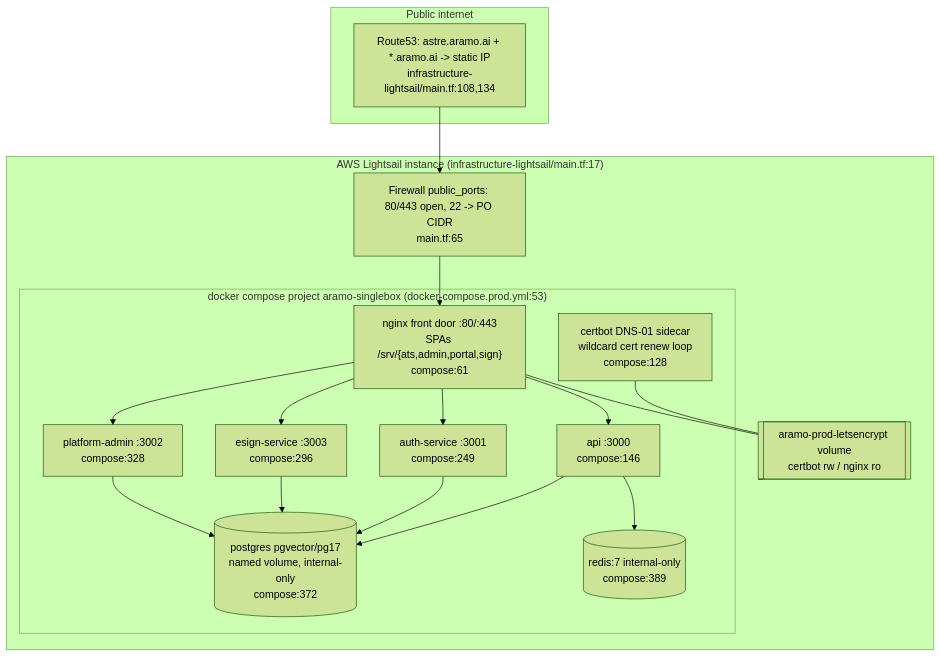
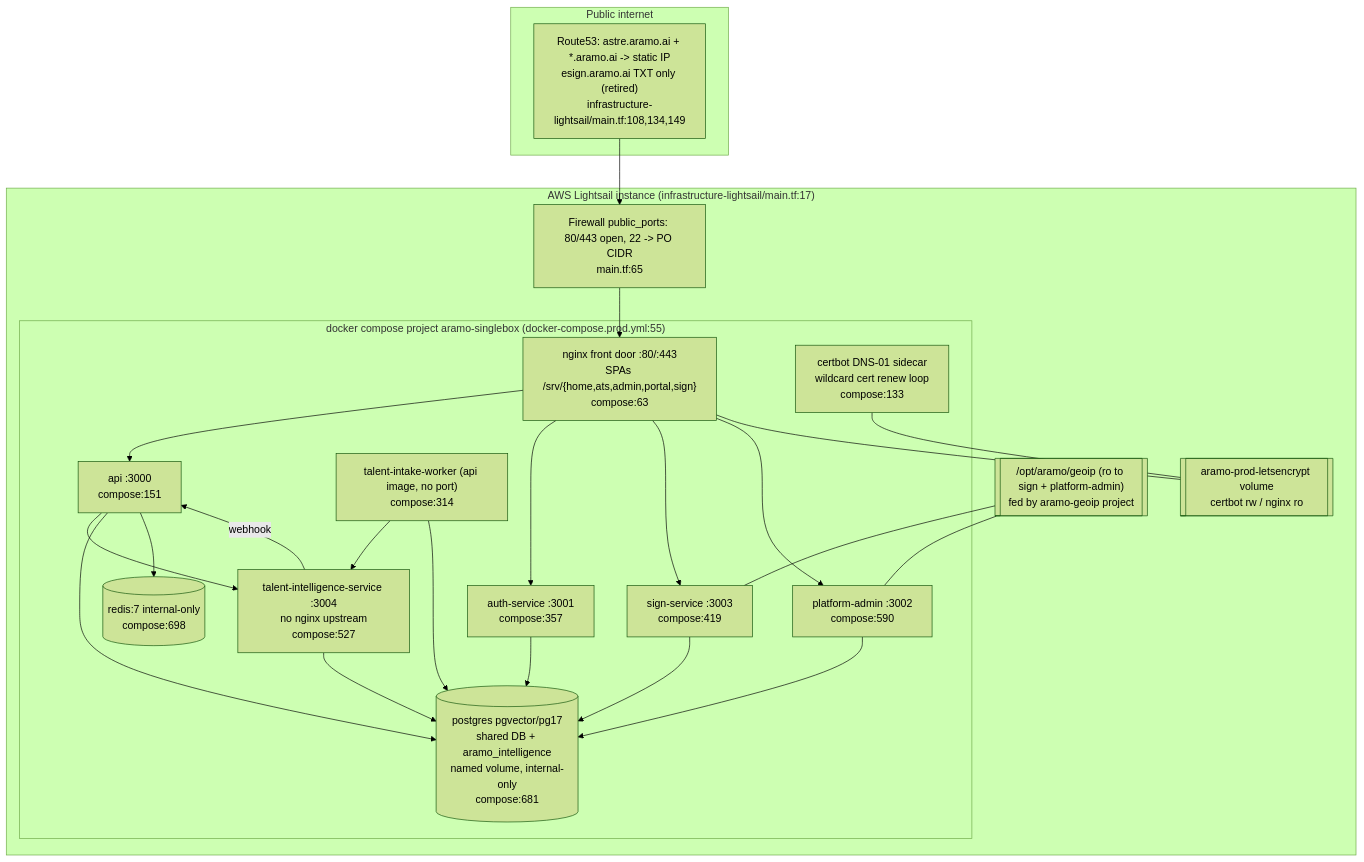
One commit to astreinc/aramo-platform changed the first of 4 diagrams in doc/recon/as-built/D15-infra-deploy-quality-enforcement.md. Above: the diagram before and after it, drawn with Mermaid (forest theme). The commit also changed other lines of this file and 59 other files, not shown here.

````diff
--- a/doc/recon/as-built/D15-infra-deploy-quality-enforcement.md
+++ b/doc/recon/as-built/D15-infra-deploy-quality-enforcement.md
@@ -108,32 +139,42 @@
 ```mermaid
 flowchart TB
   subgraph internet[Public internet]
-    dns["Route53: astre.aramo.ai + *.aramo.ai -> static IP<br/>infrastructure-lightsail/main.tf:108,134"]
+    dns["Route53: astre.aramo.ai + *.aramo.ai -> static IP<br/>esign.aramo.ai TXT only (retired)<br/>infrastructure-lightsail/main.tf:108,134,149"]
   end
   subgraph box["AWS Lightsail instance (infrastructure-lightsail/main.tf:17)"]
     fw["Firewall public_ports: 80/443 open, 22 -> PO CIDR<br/>main.tf:65"]
-    subgraph compose["docker compose project aramo-singlebox (docker-compose.prod.yml:53)"]
-      nginx["nginx front door :80/:443<br/>SPAs /srv/{ats,admin,portal,sign}<br/>compose:61"]
-      certbot["certbot DNS-01 sidecar<br/>wildcard cert renew loop<br/>compose:128"]
-      api["api :3000<br/>compose:146"]
-      auth["auth-service :3001<br/>compose:249"]
-      esign["esign-service :3003<br/>compose:296"]
-      padmin["platform-admin :3002<br/>compose:328"]
-      pg[("postgres pgvector/pg17<br/>named volume, internal-only<br/>compose:372")]
-      redis[("redis:7 internal-only<br/>compose:389")]
+    subgraph compose["docker compose project aramo-singlebox (docker-compose.prod.yml:55)"]
+      nginx["nginx front door :80/:443<br/>SPAs /srv/{home,ats,admin,portal,sign}<br/>compose:63"]
+      certbot["certbot DNS-01 sidecar<br/>wildcard cert renew loop<br/>compose:133"]
+      api["api :3000<br/>compose:151"]
+      worker["talent-intake-worker (api image, no port)<br/>compose:314"]
+      auth["auth-service :3001<br/>compose:357"]
+      sign["sign-service :3003<br/>compose:419"]
+      ti["talent-intelligence-service :3004<br/>no nginx upstream<br/>compose:527"]
+      padmin["platform-admin :3002<br/>compose:590"]
+      pg[("postgres pgvector/pg17<br/>shared DB + aramo_intelligence<br/>named volume, internal-only<br/>compose:681")]
+      redis[("redis:7 internal-only<br/>compose:698")]
     end
     letsencrypt[["aramo-prod-letsencrypt volume<br/>certbot rw / nginx ro"]]
+    geoip[["/opt/aramo/geoip (ro to sign + platform-admin)<br/>fed by aramo-geoip project"]]
   end
   dns --> fw --> nginx
   nginx --> api
   nginx --> auth
-  nginx --> esign
+  nginx --> sign
   nginx --> padmin
+  api --> ti
+  worker --> ti
+  ti -->|webhook| api
   certbot --- letsencrypt
   nginx --- letsencrypt
+  geoip --- sign
+  geoip --- padmin
   api --> pg
   api --> redis
+  worker --> pg
   auth --> pg
-  esign --> pg
+  sign --> pg
   padmin --> pg
+  ti --> pg
 ```
````
